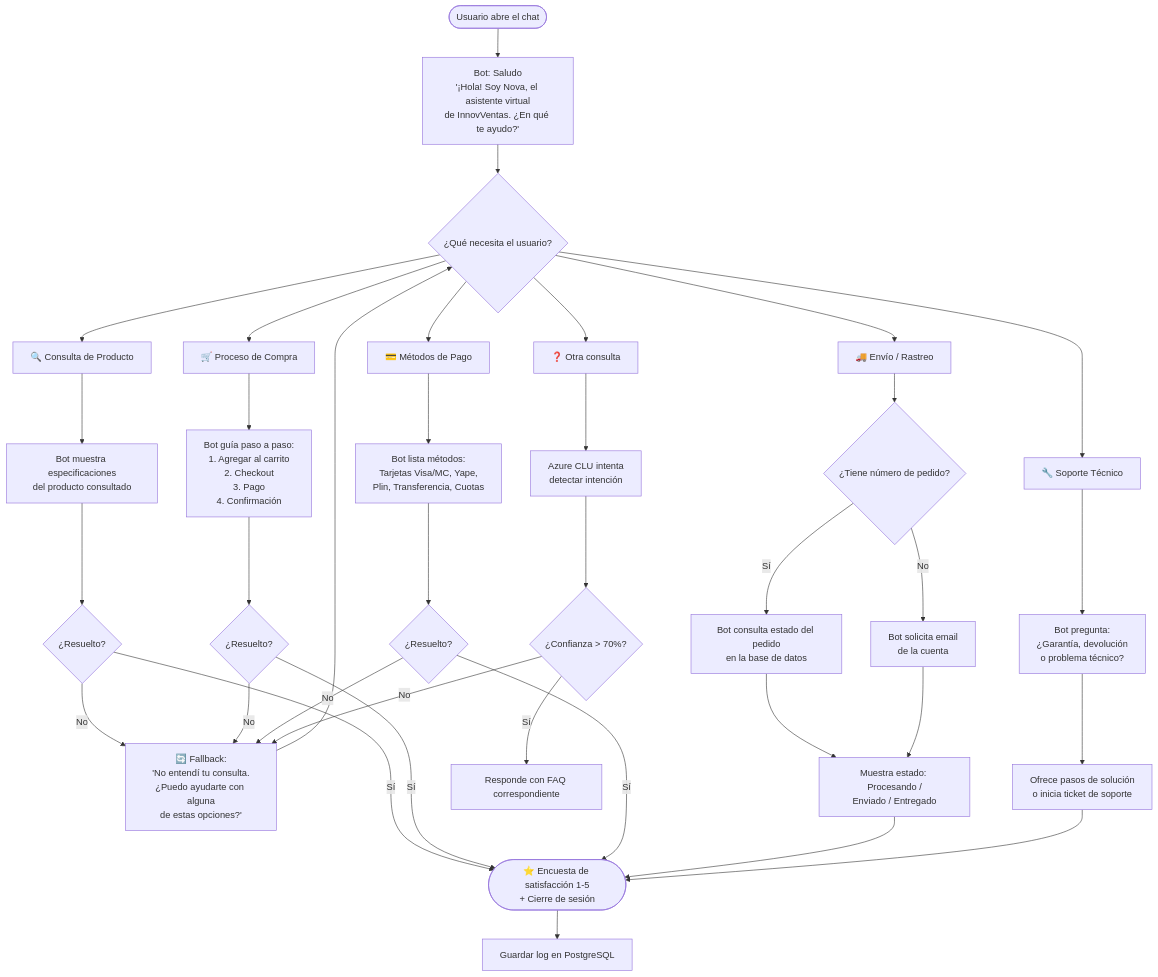
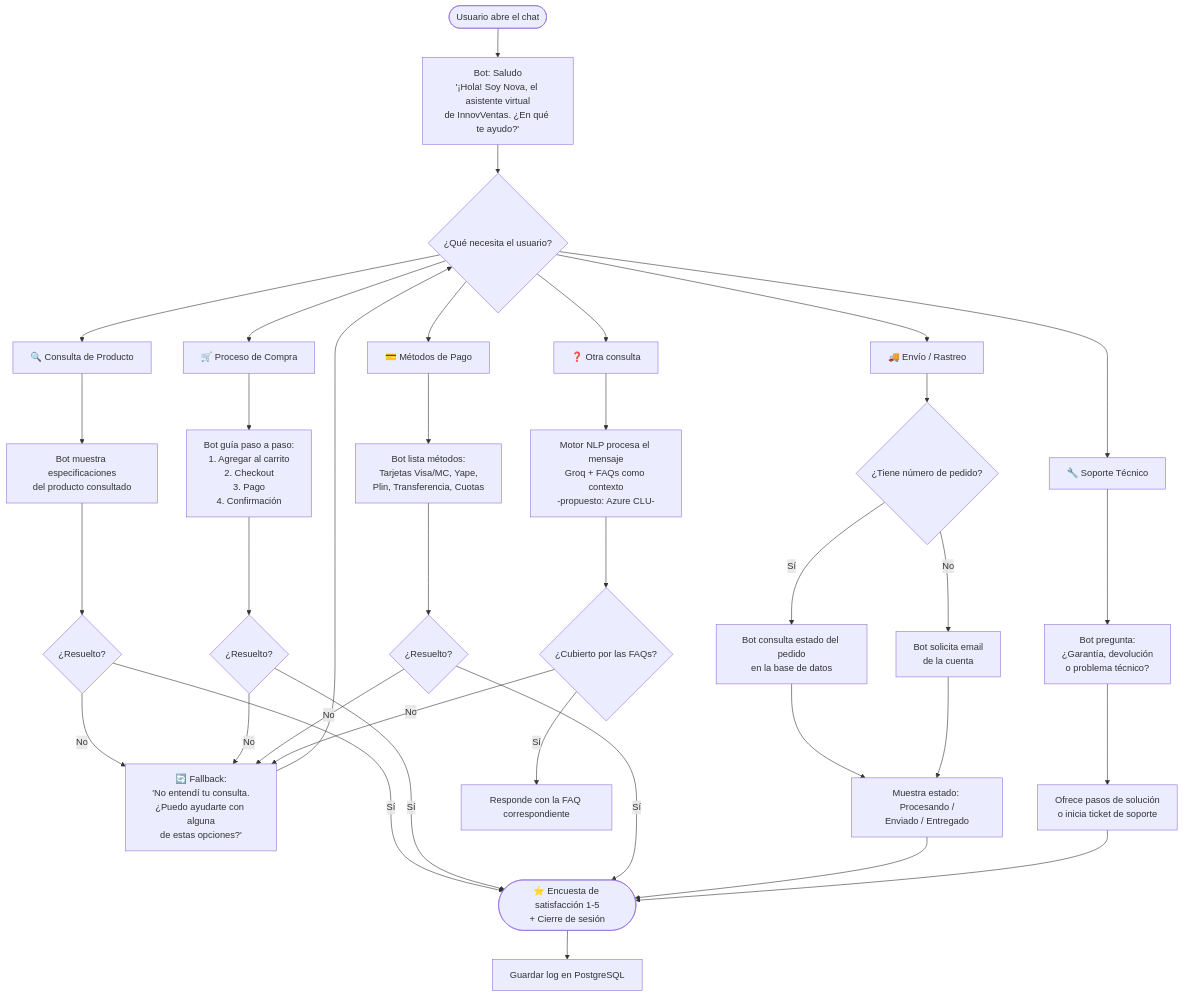
One commit to JBOVLearning/innovventas-chatbot changed the first of 2 diagrams in docs/DIAGRAMA_FLUJO.md. Above: the diagram before and after it, drawn with Mermaid. The commit also changed other lines of this file and 6 other files, not shown here.

````diff
--- a/docs/DIAGRAMA_FLUJO.md
+++ b/docs/DIAGRAMA_FLUJO.md
@@ -8,49 +8,49 @@
 ```mermaid
 flowchart TD
     A([Usuario abre el chat]) --> B[Bot: Saludo\n'¡Hola! Soy Nova, el asistente virtual\nde InnovVentas. ¿En qué te ayudo?']
     B --> C{¿Qué necesita el usuario?}
 
     C --> D[🔍 Consulta de Producto]
     C --> E[🛒 Proceso de Compra]
     C --> F[💳 Métodos de Pago]
     C --> G[🚚 Envío / Rastreo]
     C --> H[🔧 Soporte Técnico]
     C --> I[❓ Otra consulta]
 
     D --> D1[Bot muestra especificaciones\ndel producto consultado]
     D1 --> D2{¿Resuelto?}
     D2 --> |Sí| Z
     D2 --> |No| X
 
     E --> E1[Bot guía paso a paso:\n1. Agregar al carrito\n2. Checkout\n3. Pago\n4. Confirmación]
     E1 --> E2{¿Resuelto?}
     E2 --> |Sí| Z
     E2 --> |No| X
 
     F --> F1[Bot lista métodos:\nTarjetas Visa/MC, Yape,\nPlin, Transferencia, Cuotas]
     F1 --> F2{¿Resuelto?}
     F2 --> |Sí| Z
     F2 --> |No| X
 
     G --> G1{¿Tiene número de pedido?}
     G1 --> |Sí| G2[Bot consulta estado del pedido\nen la base de datos]
     G1 --> |No| G3[Bot solicita email\nde la cuenta]
     G2 --> G4[Muestra estado: Procesando /\nEnviado / Entregado]
     G3 --> G4
     G4 --> Z
 
     H --> H1[Bot pregunta:\n¿Garantía, devolución\no problema técnico?]
     H1 --> H2[Ofrece pasos de solución\no inicia ticket de soporte]
     H2 --> Z
 
-    I --> I1[Azure CLU intenta\ndetectar intención]
-    I1 --> I2{¿Confianza > 70%?}
-    I2 --> |Sí| I3[Responde con FAQ correspondiente]
+    I --> I1[Motor NLP procesa el mensaje\nGroq + FAQs como contexto\n-propuesto: Azure CLU-]
+    I1 --> I2{¿Cubierto por las FAQs?}
+    I2 --> |Sí| I3[Responde con la FAQ correspondiente]
     I2 --> |No| X
 
     X[🔄 Fallback:\n'No entendí tu consulta.\n¿Puedo ayudarte con alguna\nde estas opciones?']
     X --> C
 
     Z([⭐ Encuesta de satisfacción 1-5\n+ Cierre de sesión])
     Z --> ZZ[Guardar log en PostgreSQL]
 ```
````
